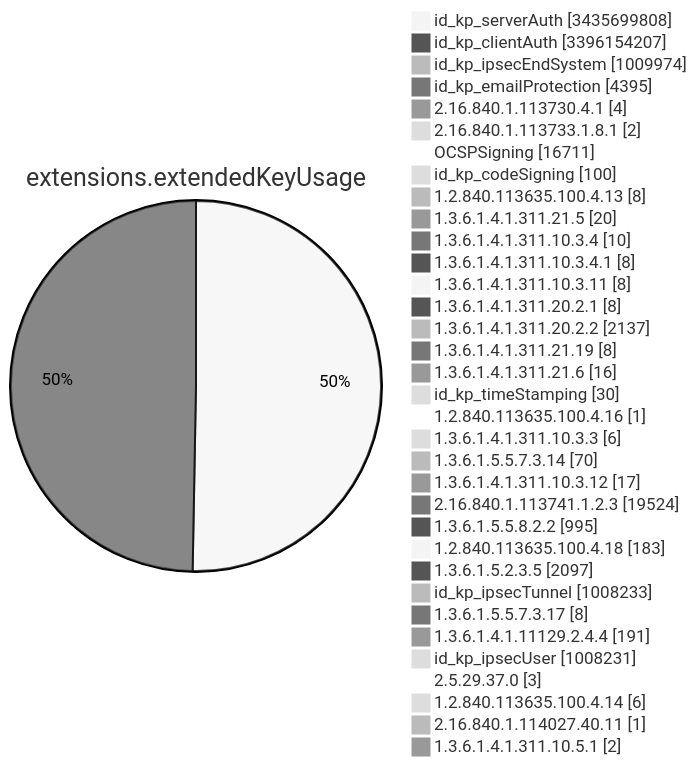
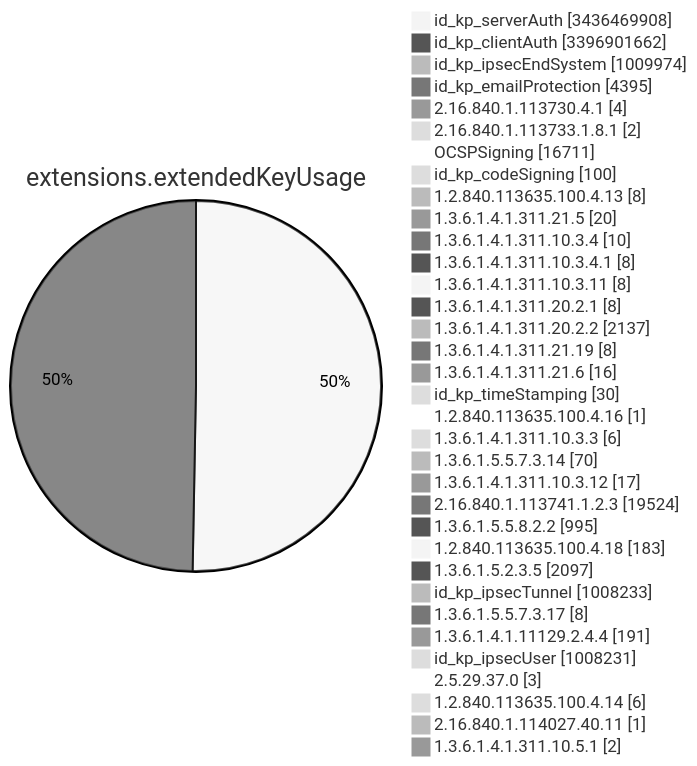
Before and after one commit to christiankrug/ctmonitor_visualization: diagram 11 of 15 in TOTAL/README.md, drawn with Mermaid (neutral theme). The commit also changed other lines of this file, not shown here.

````diff
--- a/TOTAL/README.md
+++ b/TOTAL/README.md
@@ -4123,38 +4123,38 @@
 ```mermaid
 pie showData
 title extensions.extendedKeyUsage
-"id_kp_serverAuth" :3435699808
-"id_kp_clientAuth" :3396154207
+"id_kp_serverAuth" :3436469908
+"id_kp_clientAuth" :3396901662
 "id_kp_ipsecEndSystem" :1009974
 "id_kp_emailProtection" :4395
 "2.16.840.1.113730.4.1" :4
 "2.16.840.1.113733.1.8.1" :2
 "OCSPSigning" :16711
 "id_kp_codeSigning" :100
 "1.2.840.113635.100.4.13" :8
 "1.3.6.1.4.1.311.21.5" :20
 "1.3.6.1.4.1.311.10.3.4" :10
 "1.3.6.1.4.1.311.10.3.4.1" :8
 "1.3.6.1.4.1.311.10.3.11" :8
 "1.3.6.1.4.1.311.20.2.1" :8
 "1.3.6.1.4.1.311.20.2.2" :2137
 "1.3.6.1.4.1.311.21.19" :8
 "1.3.6.1.4.1.311.21.6" :16
 "id_kp_timeStamping" :30
 "1.2.840.113635.100.4.16" :1
 "1.3.6.1.4.1.311.10.3.3" :6
 "1.3.6.1.5.5.7.3.14" :70
 "1.3.6.1.4.1.311.10.3.12" :17
 "2.16.840.1.113741.1.2.3" :19524
 "1.3.6.1.5.5.8.2.2" :995
 "1.2.840.113635.100.4.18" :183
 "1.3.6.1.5.2.3.5" :2097
 "id_kp_ipsecTunnel" :1008233
 "1.3.6.1.5.5.7.3.17" :8
 "1.3.6.1.4.1.11129.2.4.4" :191
 "id_kp_ipsecUser" :1008231
 "2.5.29.37.0" :3
 "1.2.840.113635.100.4.14" :6
 "2.16.840.1.114027.40.11" :1
 "1.3.6.1.4.1.311.10.5.1" :2
 ```
````
